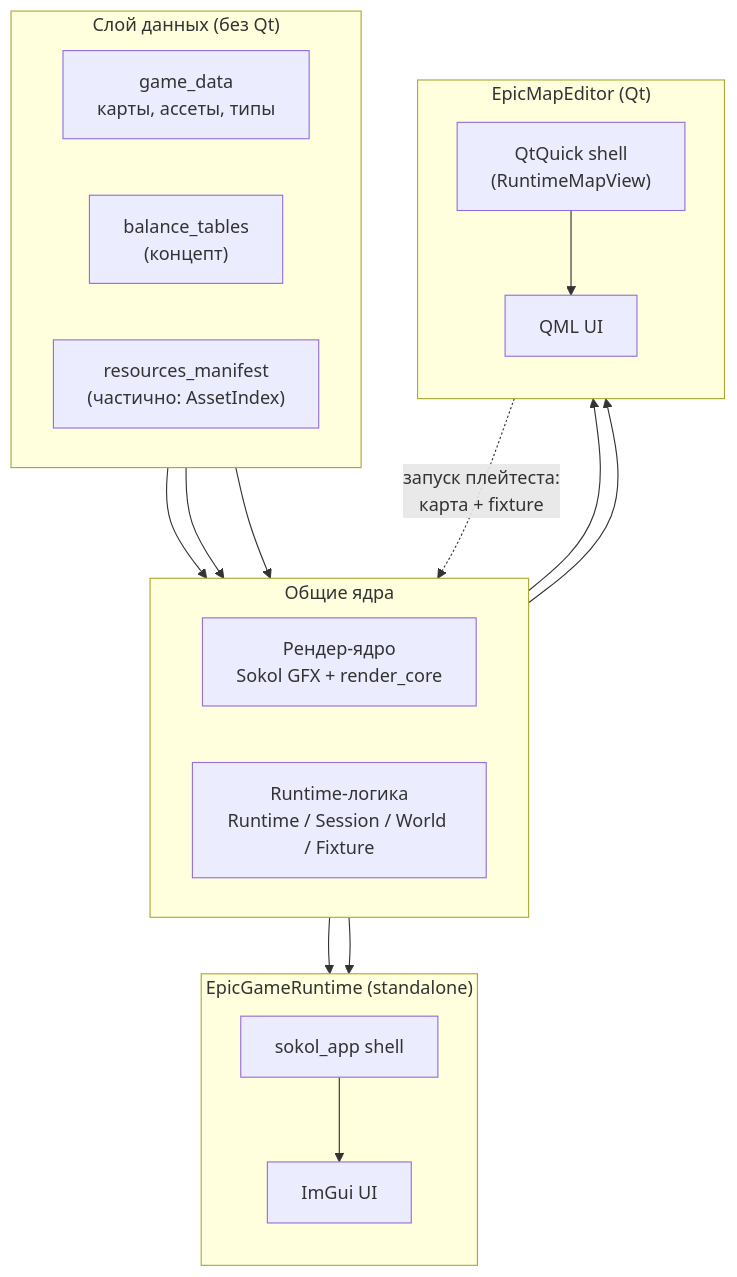
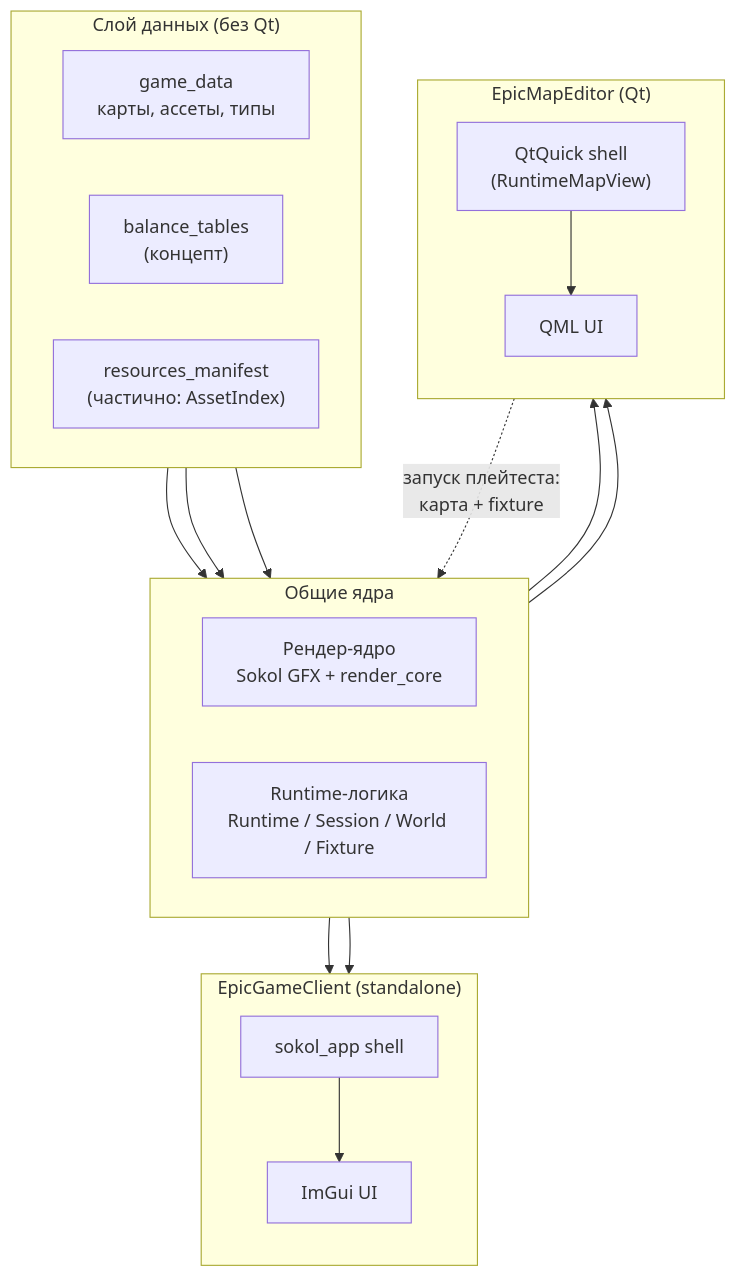
The diagram in README.md (icecampus/neverwhere), drawn with Mermaid before and after one commit. The commit also changed other lines of this file and 20 other files, not shown here.

First line of the commit message:
Add EpicGameClient with editor-parity world renderer; drop EpicGameRuntime

````diff
--- a/README.md
+++ b/README.md
@@ -51,41 +51,41 @@
 ```mermaid
 flowchart TB
   subgraph Data["Слой данных (без Qt)"]
     direction LR
     gameData["game_data<br/>карты, ассеты, типы"]
     balanceData["balance_tables<br/>(концепт)"]
     resourcesData["resources_manifest<br/>(частично: AssetIndex)"]
   end
 
   subgraph Shared["Общие ядра"]
     direction LR
     renderCore["Рендер-ядро<br/>Sokol GFX + render_core"]
     runtime["Runtime-логика<br/>Runtime / Session / World / Fixture"]
   end
 
   subgraph Editor["EpicMapEditor (Qt)"]
     direction TB
     qmlUi["QML UI"]
     qtShell["QtQuick shell<br/>(RuntimeMapView)"]
   end
 
-  subgraph RuntimeApp["EpicGameRuntime (standalone)"]
+  subgraph RuntimeApp["EpicGameClient (standalone)"]
     direction TB
     imguiUi["ImGui UI"]
     sokolShell["sokol_app shell"]
   end
 
   gameData --> Shared
   balanceData --> Shared
   resourcesData --> Shared
 
   renderCore --> qtShell
   renderCore --> sokolShell
   runtime --> qtShell
   runtime --> sokolShell
 
   qtShell --> qmlUi
   sokolShell --> imguiUi
 
   qtShell -. "запуск плейтеста:<br/>карта + fixture" .-> runtime
 ```
````
